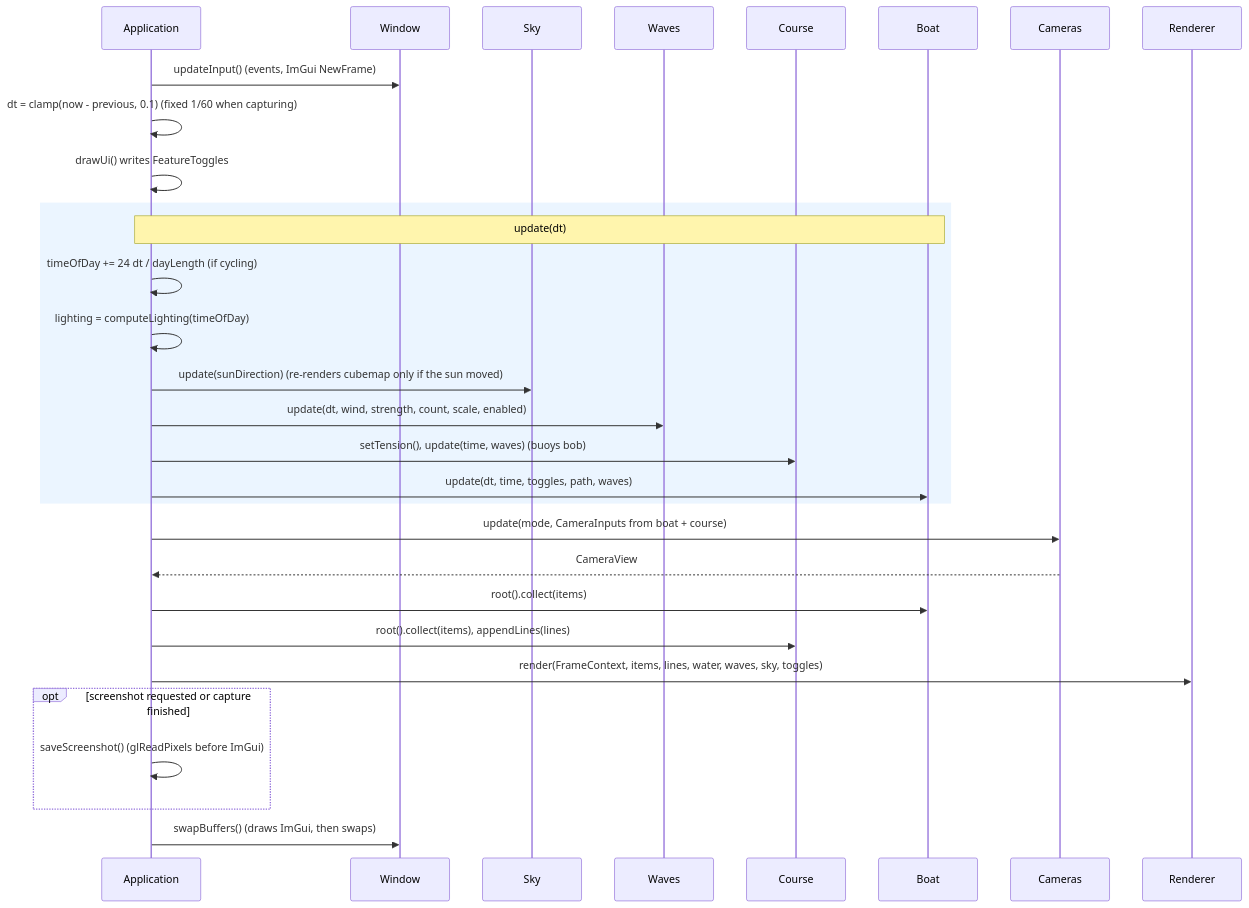
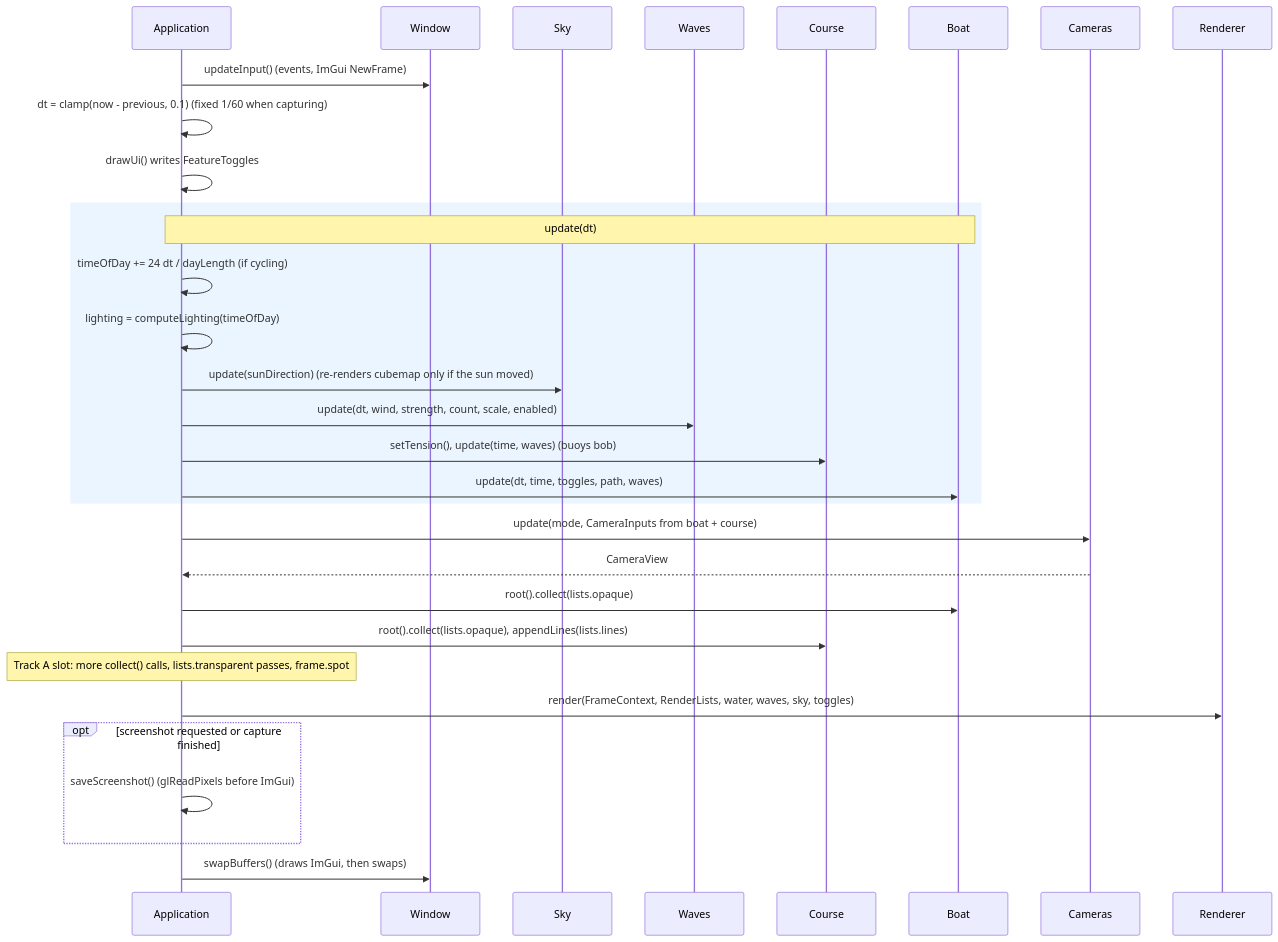
One commit to groundbeeflover/sailboat-tech-demo changed the sixth of 11 diagrams in docs/ARCHITECTURE.md. Above: the diagram before and after it, drawn with Mermaid. The commit also changed other lines of this file and 13 other files, not shown here.

````diff
--- a/docs/ARCHITECTURE.md
+++ b/docs/ARCHITECTURE.md
@@ -540,33 +564,34 @@
 ```mermaid
 sequenceDiagram
     participant App as Application
     participant Win as Window
     participant Sky
     participant Waves
     participant Course
     participant Boat
     participant Cams as Cameras
     participant R as Renderer
 
     App->>Win: updateInput() (events, ImGui NewFrame)
     App->>App: dt = clamp(now - previous, 0.1) (fixed 1/60 when capturing)
     App->>App: drawUi() writes FeatureToggles
     rect rgb(235, 245, 255)
     note over App,Boat: update(dt)
     App->>App: timeOfDay += 24 dt / dayLength (if cycling)
     App->>App: lighting = computeLighting(timeOfDay)
     App->>Sky: update(sunDirection) (re-renders cubemap only if the sun moved)
     App->>Waves: update(dt, wind, strength, count, scale, enabled)
     App->>Course: setTension(), update(time, waves) (buoys bob)
     App->>Boat: update(dt, time, toggles, path, waves)
     end
     App->>Cams: update(mode, CameraInputs from boat + course)
     Cams-->>App: CameraView
-    App->>Boat: root().collect(items)
-    App->>Course: root().collect(items), appendLines(lines)
-    App->>R: render(FrameContext, items, lines, water, waves, sky, toggles)
+    App->>Boat: root().collect(lists.opaque)
+    App->>Course: root().collect(lists.opaque), appendLines(lists.lines)
+    note over App: Track A slot: more collect() calls, lists.transparent passes, frame.spot
+    App->>R: render(FrameContext, RenderLists, water, waves, sky, toggles)
     opt screenshot requested or capture finished
         App->>App: saveScreenshot() (glReadPixels before ImGui)
     end
     App->>Win: swapBuffers() (draws ImGui, then swaps)
 ```
````
